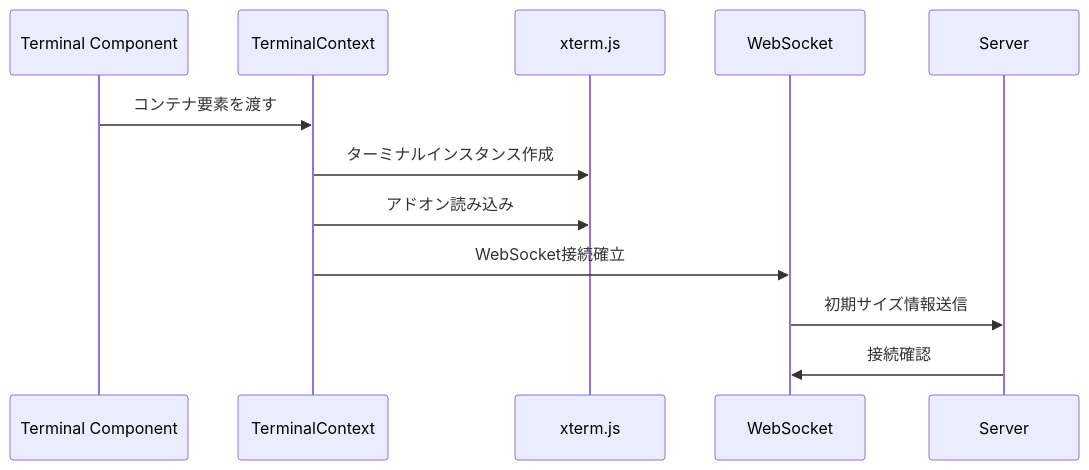
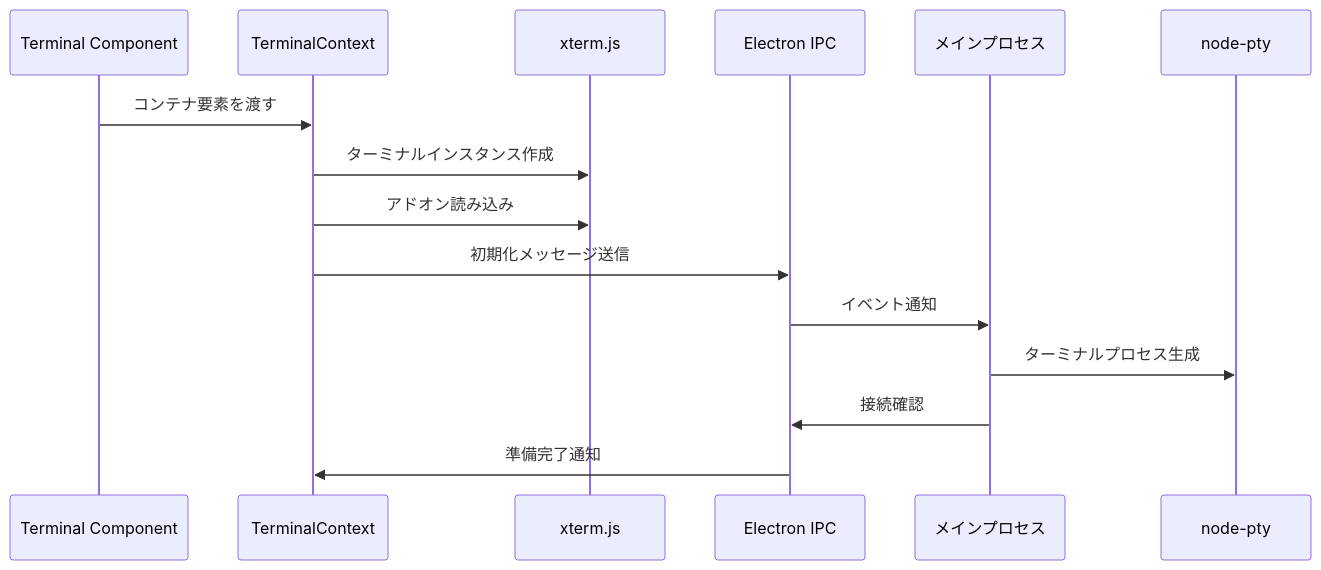
One commit to yuki-matsu783/ExecDock changed the second of 3 diagrams in DEVELOPMENT.md. Above: the diagram before and after it, drawn with Mermaid. The commit also changed other lines of this file and 1 other file, not shown here.

````diff
--- a/DEVELOPMENT.md
+++ b/DEVELOPMENT.md
@@ -80,15 +105,18 @@
    ```mermaid
    sequenceDiagram
        participant T as Terminal Component
        participant TC as TerminalContext
        participant XTerm as xterm.js
-       participant WS as WebSocket
-       participant S as Server
+       participant IPC as Electron IPC
+       participant MP as メインプロセス
+       participant PTY as node-pty
 
        T->>TC: コンテナ要素を渡す
        TC->>XTerm: ターミナルインスタンス作成
        TC->>XTerm: アドオン読み込み
-       TC->>WS: WebSocket接続確立
-       WS->>S: 初期サイズ情報送信
-       S->>WS: 接続確認
+       TC->>IPC: 初期化メッセージ送信
+       IPC->>MP: イベント通知
+       MP->>PTY: ターミナルプロセス生成
+       MP->>IPC: 接続確認
+       IPC->>TC: 準備完了通知
    ```
````
